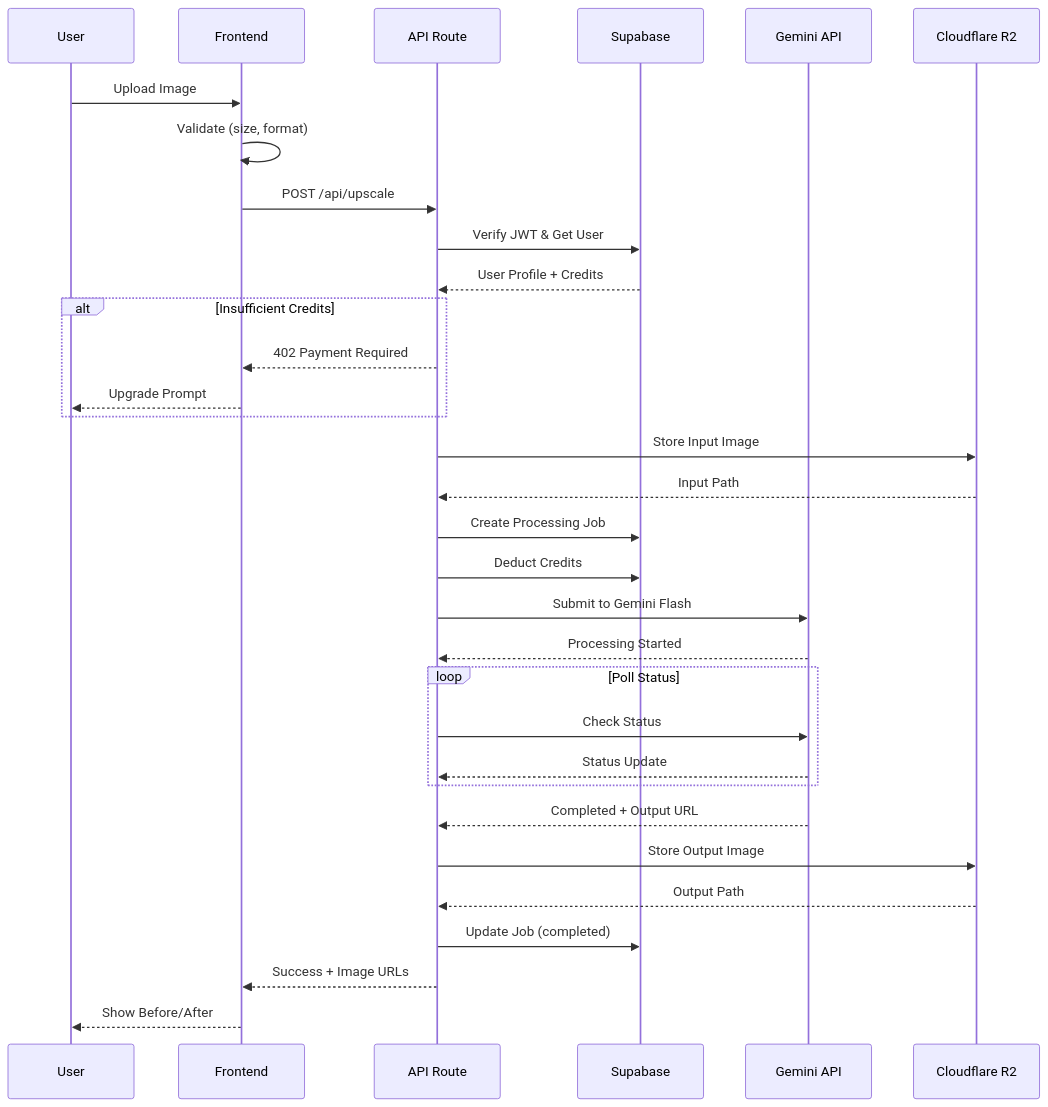
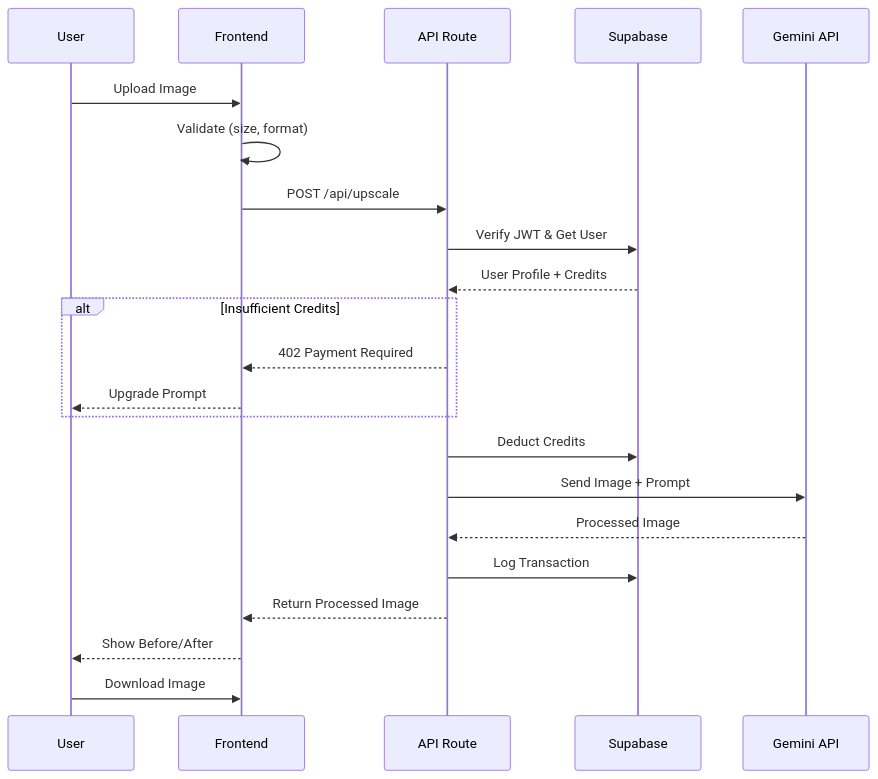
The third of 10 diagrams in docs/technical/user-flow.md (jonit-dev/pixelperfect), drawn with Mermaid before and after one commit. The commit also changed 10 other files, not shown here.

````diff
--- a/docs/technical/user-flow.md
+++ b/docs/technical/user-flow.md
@@ -69,43 +69,29 @@
 ```mermaid
 sequenceDiagram
     participant U as User
     participant FE as Frontend
     participant API as API Route
     participant DB as Supabase
     participant AI as Gemini API
-    participant R2 as Cloudflare R2
 
     U->>FE: Upload Image
     FE->>FE: Validate (size, format)
     FE->>API: POST /api/upscale
 
     API->>DB: Verify JWT & Get User
     DB-->>API: User Profile + Credits
 
     alt Insufficient Credits
         API-->>FE: 402 Payment Required
         FE-->>U: Upgrade Prompt
     end
 
-    API->>R2: Store Input Image
-    R2-->>API: Input Path
+    API->>DB: Deduct Credits
+    API->>AI: Send Image + Prompt
+    AI-->>API: Processed Image
 
-    API->>DB: Create Processing Job
-    API->>DB: Deduct Credits
-
-    API->>AI: Submit to Gemini Flash
-    AI-->>API: Processing Started
-
-    loop Poll Status
-        API->>AI: Check Status
-        AI-->>API: Status Update
-    end
-
-    AI-->>API: Completed + Output URL
-    API->>R2: Store Output Image
-    R2-->>API: Output Path
-
-    API->>DB: Update Job (completed)
-    API-->>FE: Success + Image URLs
+    API->>DB: Log Transaction
+    API-->>FE: Return Processed Image
     FE-->>U: Show Before/After
+    U->>FE: Download Image
 ```
````
